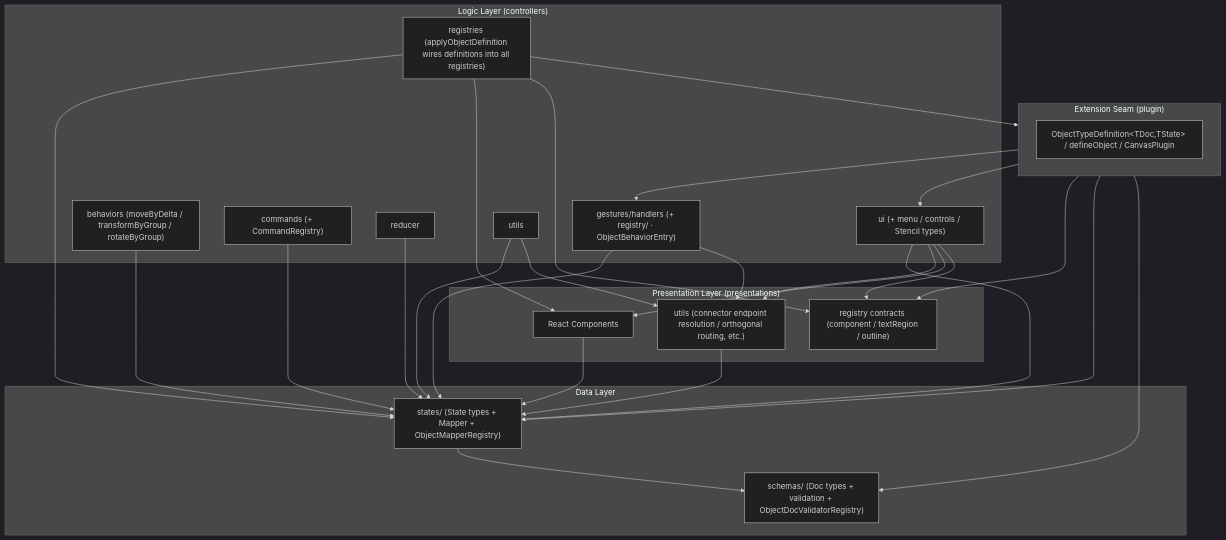
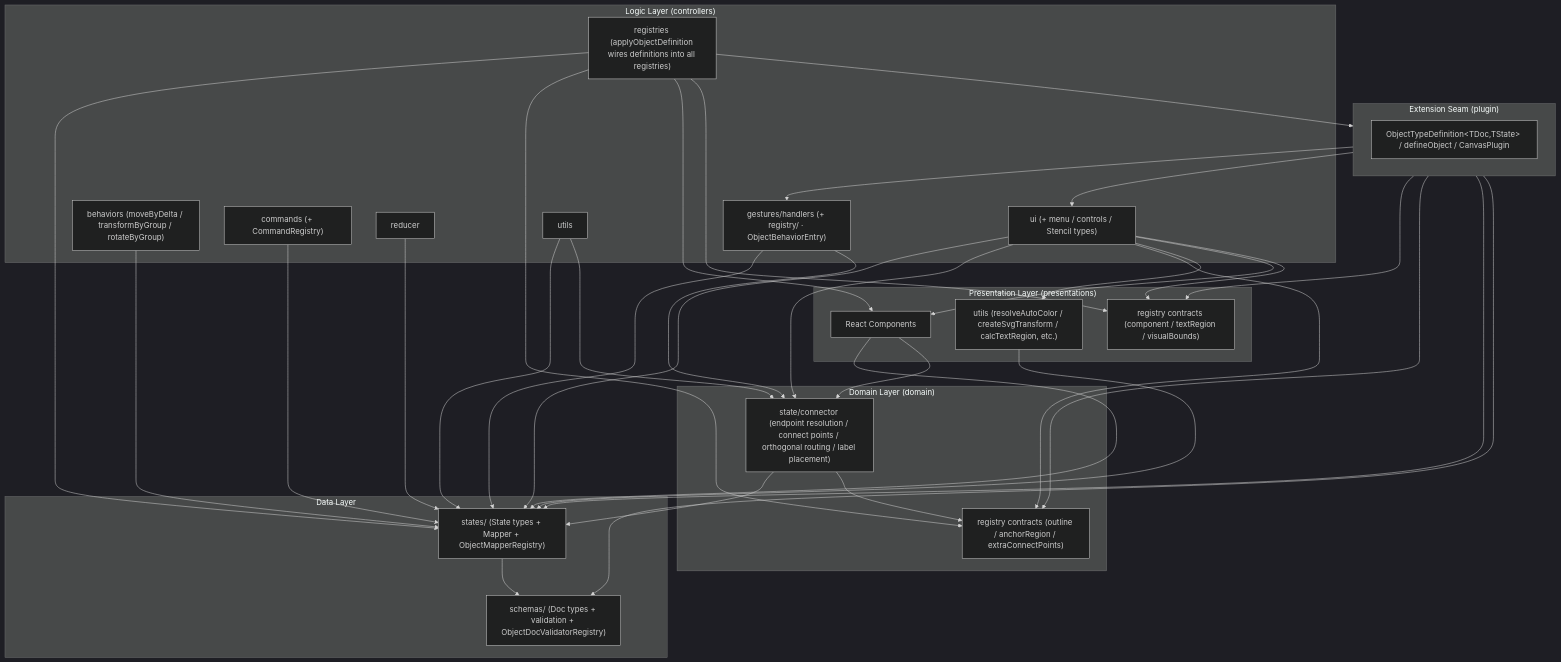
One commit to gznnk/jiscribe changed the diagram in packages/canvas/docs/02-architecture.md. Above: the diagram before and after it, drawn with Mermaid (dark theme). The commit also changed other lines of this file and 79 other files, not shown here.

````diff
--- a/packages/canvas/docs/02-architecture.md
+++ b/packages/canvas/docs/02-architecture.md
@@ -117,51 +130,62 @@
 ```mermaid
 graph TD
     subgraph Plugin["Extension Seam (plugin)"]
         PluginVocab["ObjectTypeDefinition&lt;TDoc,TState&gt; / defineObject / CanvasPlugin"]
     end
+    subgraph Domain["Domain Layer (domain)"]
+        DomainConnector["state/connector (endpoint resolution / connect points / orthogonal routing / label placement)"]
+        DomainRegistryTypes["registry contracts (outline / anchorRegion / extraConnectPoints)"]
+    end
     subgraph Presentations["Presentation Layer (presentations)"]
         PresentationComponents["React Components"]
-        PresentationUtils["utils (connector endpoint resolution / orthogonal routing, etc.)"]
-        PresentationRegistryTypes["registry contracts (component / textRegion / outline)"]
+        PresentationUtils["utils (resolveAutoColor / createSvgTransform / calcTextRegion, etc.)"]
+        PresentationRegistryTypes["registry contracts (component / textRegion / visualBounds)"]
     end
     subgraph Controllers["Logic Layer (controllers)"]
         Gestures["gestures/handlers (+ registry/ · ObjectBehaviorEntry)"]
         Behaviors["behaviors (moveByDelta / transformByGroup / rotateByGroup)"]
         Commands["commands (+ CommandRegistry)"]
         Reducer["reducer"]
         UI["ui (+ menu / controls / Stencil types)"]
         CtrlUtils["utils"]
         Registries["registries (applyObjectDefinition wires definitions into all registries)"]
     end
     subgraph States["Data Layer"]
         StatesTypes["states/ (State types + Mapper + ObjectMapperRegistry)"]
         SchemasTypes["schemas/ (Doc types + validation + ObjectDocValidatorRegistry)"]
     end
 
     PresentationComponents --> StatesTypes
     PresentationUtils --> StatesTypes
     Gestures --> StatesTypes
     Behaviors --> StatesTypes
     Commands --> StatesTypes
     Reducer --> StatesTypes
     UI --> StatesTypes
     CtrlUtils --> StatesTypes
     Registries --> StatesTypes
-    Gestures --> PresentationUtils
-    CtrlUtils --> PresentationUtils
+    DomainConnector --> StatesTypes
+    DomainConnector --> DomainRegistryTypes
+    Gestures --> DomainConnector
+    CtrlUtils --> DomainConnector
+    UI --> DomainConnector
+    PresentationComponents --> DomainConnector
+    Registries --> DomainRegistryTypes
+    UI --> DomainRegistryTypes
     UI --> PresentationUtils
     UI --> PresentationComponents
     UI --> PresentationRegistryTypes
     Registries --> PresentationComponents
     Registries --> PresentationRegistryTypes
     StatesTypes --> SchemasTypes
 
     %% plugin aggregates the type contract of every layer; registries consumes it.
     %% Registries -> Plugin plus Plugin -> Gestures/UI = controllers <-> plugin.
     Registries --> Plugin
     Plugin --> Gestures
     Plugin --> UI
     Plugin --> PresentationRegistryTypes
+    Plugin --> DomainRegistryTypes
     Plugin --> StatesTypes
     Plugin --> SchemasTypes
 ```
````
